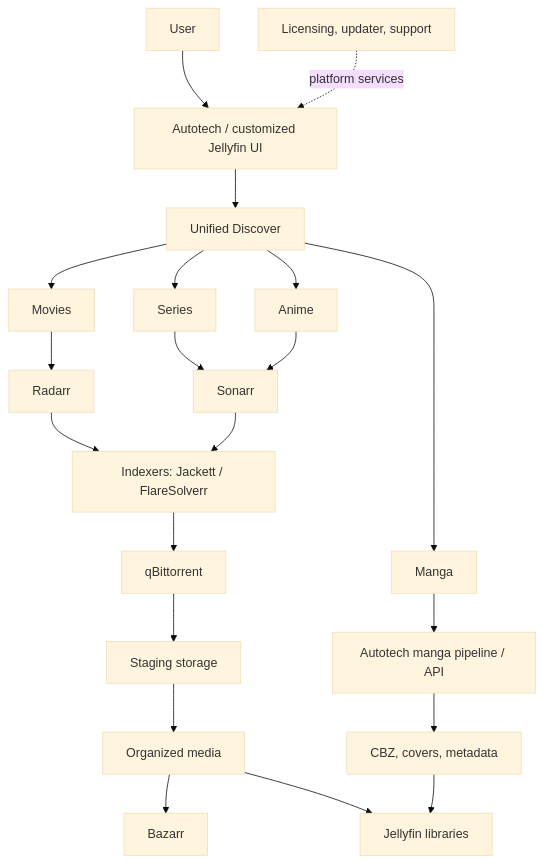
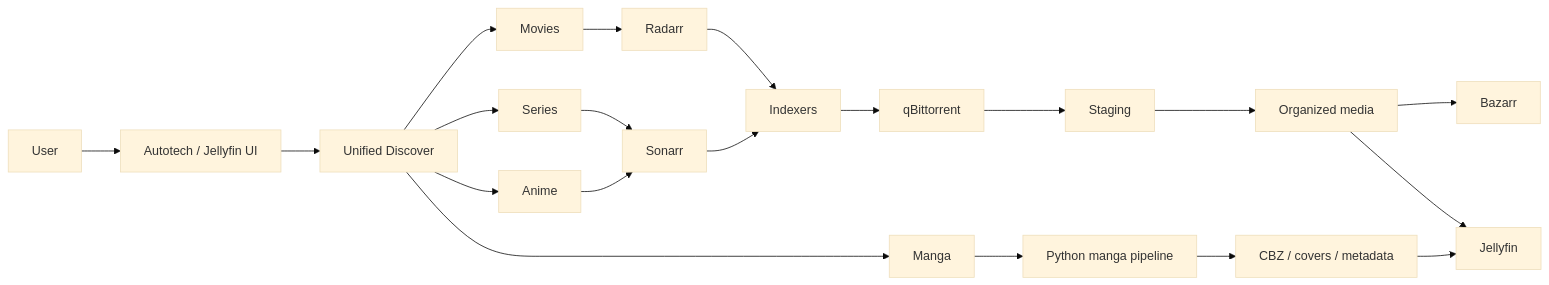
One commit to Lpao2/autotech-server changed the diagram in README.md. Above: the diagram before and after it, drawn with Mermaid (base theme). The commit also changed other lines of this file and 3 other files, not shown here.

````diff
--- a/README.md
+++ b/README.md
@@ -44,16 +87,18 @@
 ```mermaid
-flowchart TD
-    U[User] --> UI[Autotech / customized Jellyfin UI]
+flowchart LR
+    U[User] --> UI[Autotech / Jellyfin UI]
     UI --> D[Unified Discover]
     D --> M[Movies] --> R[Radarr]
     D --> S[Series] --> N[Sonarr]
     D --> A[Anime] --> N
-    D --> G[Manga] --> P[Autotech manga pipeline / API]
-    R --> I[Indexers: Jackett / FlareSolverr]
+    D --> G[Manga] --> P[Python manga pipeline]
+    R --> I[Indexers]
     N --> I
-    I --> Q[qBittorrent] --> T[Staging storage] --> O[Organized media]
+    I --> Q[qBittorrent]
+    Q --> T[Staging]
+    T --> O[Organized media]
     O --> B[Bazarr]
-    O --> J[Jellyfin libraries]
-    P --> C[CBZ, covers, metadata] --> J
-    L[Licensing, updater, support] -. platform services .-> UI
+    O --> J[Jellyfin]
+    P --> C[CBZ / covers / metadata]
+    C --> J
 ```
````
